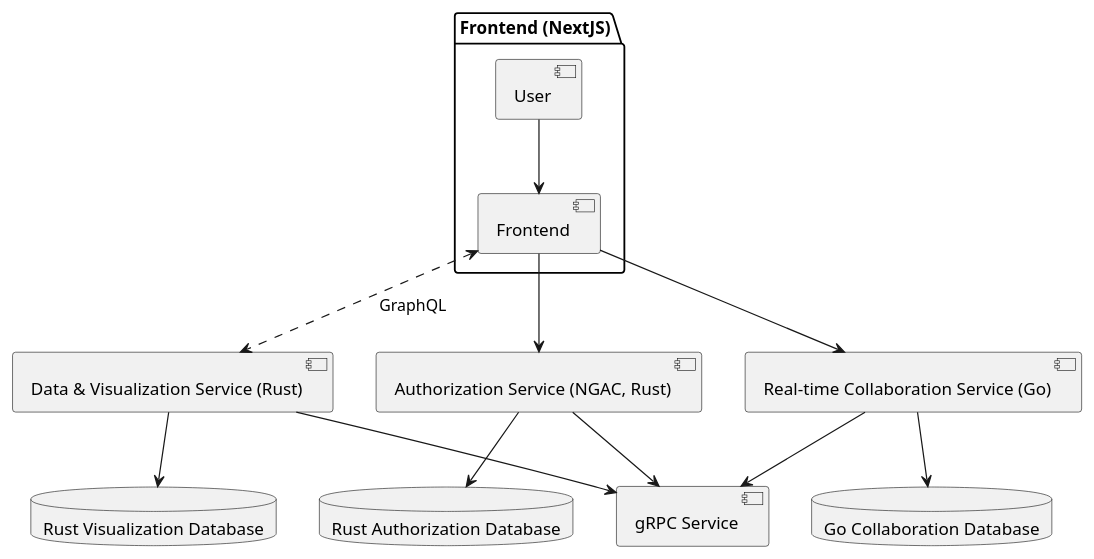
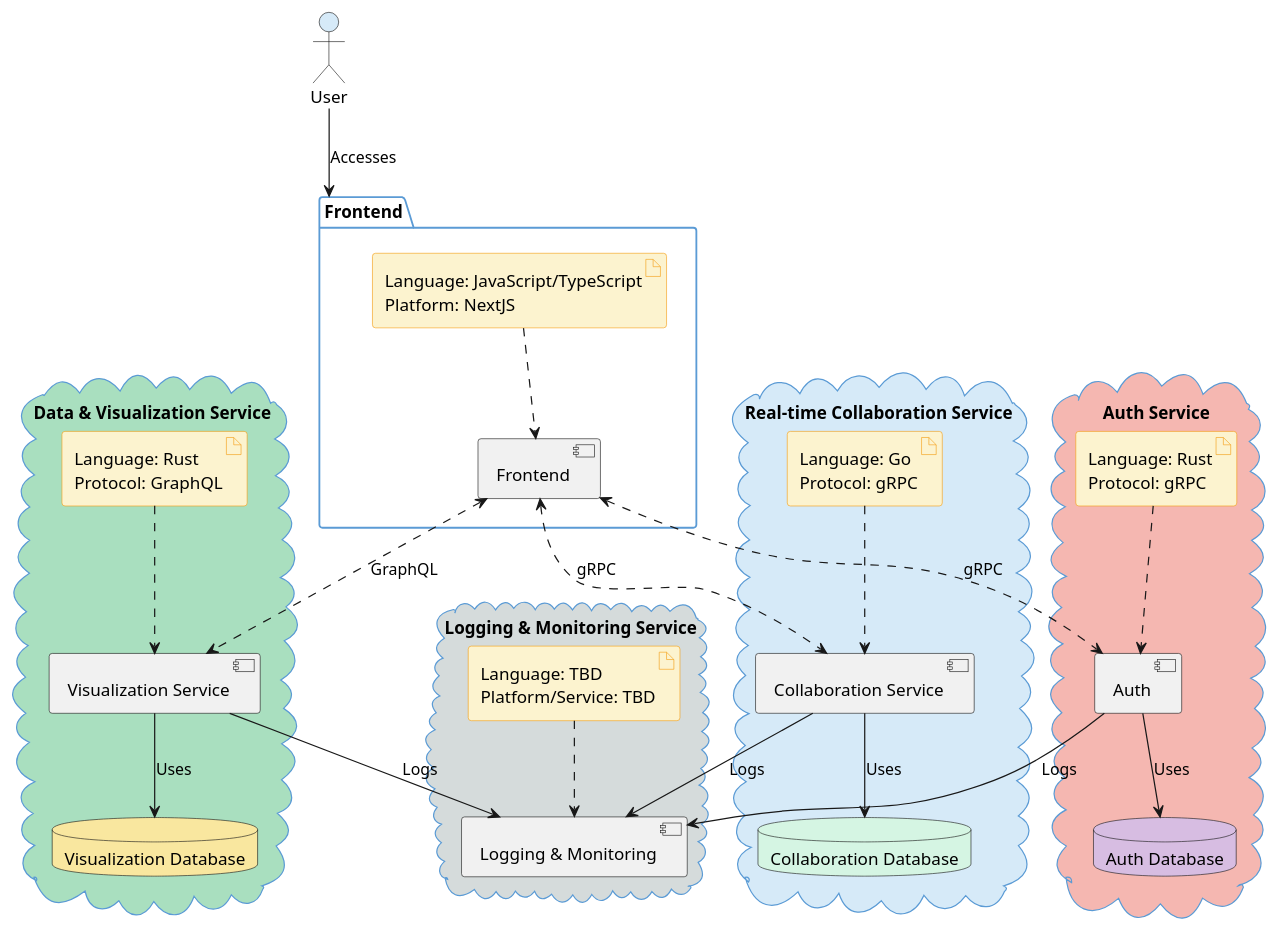
The diagram in docs/UML/SystemArch.md (JonTDean/project_asclepius), drawn with PlantUML before and after one commit. The commit also changed 8 other files, not shown here.

Commit message:
Broke down and developed Auth architecture and auth flow

```diff
--- a/docs/UML/SystemArch.md
+++ b/docs/UML/SystemArch.md
@@ -1,28 +1,69 @@
 @startuml
 
-package "Frontend (NextJS)" {
-  [User] --> [Frontend]
+' Styles and Colors
+skinparam package {
+  BackgroundColor #FFFFFF
+  BorderColor #5B9BD5
 }
 
-[Frontend] <..> [Data & Visualization Service (Rust)] : GraphQL
-[Frontend] --> [Authorization Service (NGAC, Rust)]
-[Frontend] --> [Real-time Collaboration Service (Go)]
-
-database "Rust Visualization Database" as DB1 {
+skinparam actor {
+  BackgroundColor #D6EAF8
 }
 
-database "Rust Authorization Database" as DB2 {
+skinparam artifact {
+  BackgroundColor #FCF3CF
+  BorderColor #F39C12
 }
 
-database "Go Collaboration Database" as DB3 {
+actor User
+
+package "Frontend" {
+  ["Frontend"]
+  artifact "Language: JavaScript/TypeScript\nPlatform: NextJS" as A1
+  A1 -[dashed]-> ["Frontend"]
 }
 
-[Data & Visualization Service (Rust)] --> DB1
-[Authorization Service (NGAC, Rust)] --> DB2
-[Real-time Collaboration Service (Go)] --> DB3
+User --> "Frontend" : Accesses
 
-[Data & Visualization Service (Rust)] --> [gRPC Service]
-[Authorization Service (NGAC, Rust)] --> [gRPC Service]
-[Real-time Collaboration Service (Go)] --> [gRPC Service]
+cloud "Data & Visualization Service" #A9DFBF {
+  [Visualization Service]
+  database "Visualization Database" as DB1 #F9E79F {
+  }
+  [Visualization Service] --> DB1 : Uses
+  artifact "Language: Rust\nProtocol: GraphQL" as A2
+  A2 -[dashed]-> [Visualization Service]
+}
+
+cloud "Auth Service" #F5B7B1 {
+  [Auth]
+  database "Auth Database" as DB2 #D7BDE2 {
+  }
+  [Auth] --> DB2 : Uses
+  artifact "Language: Rust\nProtocol: gRPC" as A3
+  A3 -[dashed]-> [Auth]
+}
+
+cloud "Real-time Collaboration Service" #D6EAF8 {
+  [Collaboration Service]
+  database "Collaboration Database" as DB3 #D5F5E3 {
+  }
+  [Collaboration Service] --> DB3 : Uses
+  artifact "Language: Go\nProtocol: gRPC" as A4
+  A4 -[dashed]-> [Collaboration Service]
+}
+
+cloud "Logging & Monitoring Service" #D5DBDB {
+  [Logging & Monitoring]
+  artifact "Language: TBD\nPlatform/Service: TBD" as A5
+  A5 -[dashed]-> [Logging & Monitoring]
+}
+
+["Frontend"] <-[dashed]-> [Visualization Service] : GraphQL
+["Frontend"] <-[dashed]-> [Auth] : gRPC
+["Frontend"] <-[dashed]-> [Collaboration Service] : gRPC
+
+[Visualization Service] --> [Logging & Monitoring] : Logs
+[Auth] --> [Logging & Monitoring] : Logs
+[Collaboration Service] --> [Logging & Monitoring] : Logs
 
 @enduml
```
